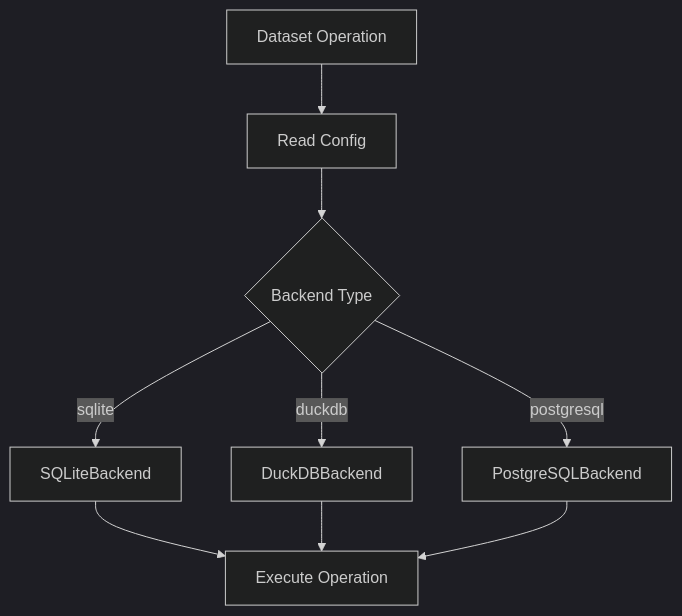
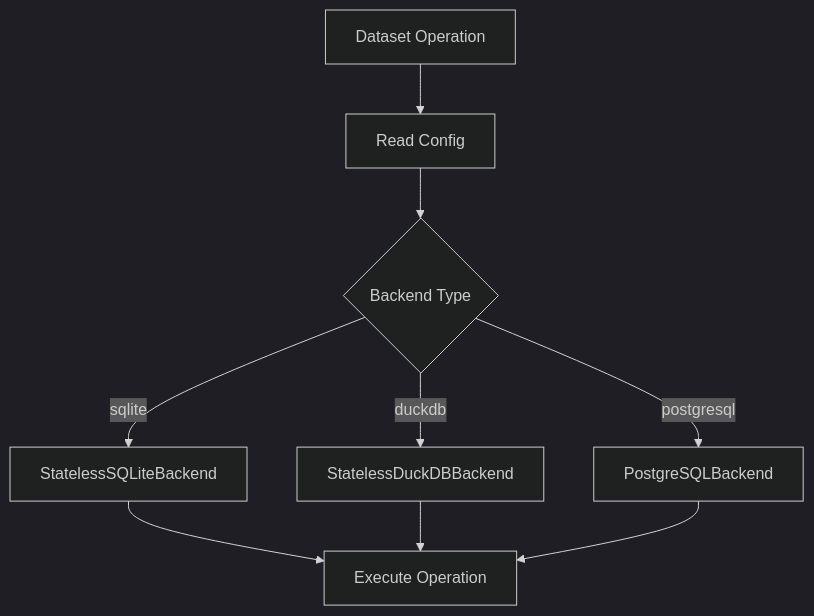
The fifth of 8 diagrams in docs-new/reference/Architecture_Design.md (hipotures/mdm), drawn with Mermaid (dark theme) before and after one commit. The commit also changed other lines of this file and 77 other files, not shown here.

First line of the commit message:
fix: update Architecture_Design.md to reflect actual implementation

````diff
--- a/docs-new/reference/Architecture_Design.md
+++ b/docs-new/reference/Architecture_Design.md
@@ -236,11 +298,11 @@
 ```mermaid
 flowchart TD
     A[Dataset Operation] --> B[Read Config]
     B --> C{Backend Type}
-    C -->|sqlite| D[SQLiteBackend]
-    C -->|duckdb| E[DuckDBBackend]
+    C -->|sqlite| D[StatelessSQLiteBackend]
+    C -->|duckdb| E[StatelessDuckDBBackend]
     C -->|postgresql| F[PostgreSQLBackend]
     D --> G[Execute Operation]
     E --> G
     F --> G
 ```
````
